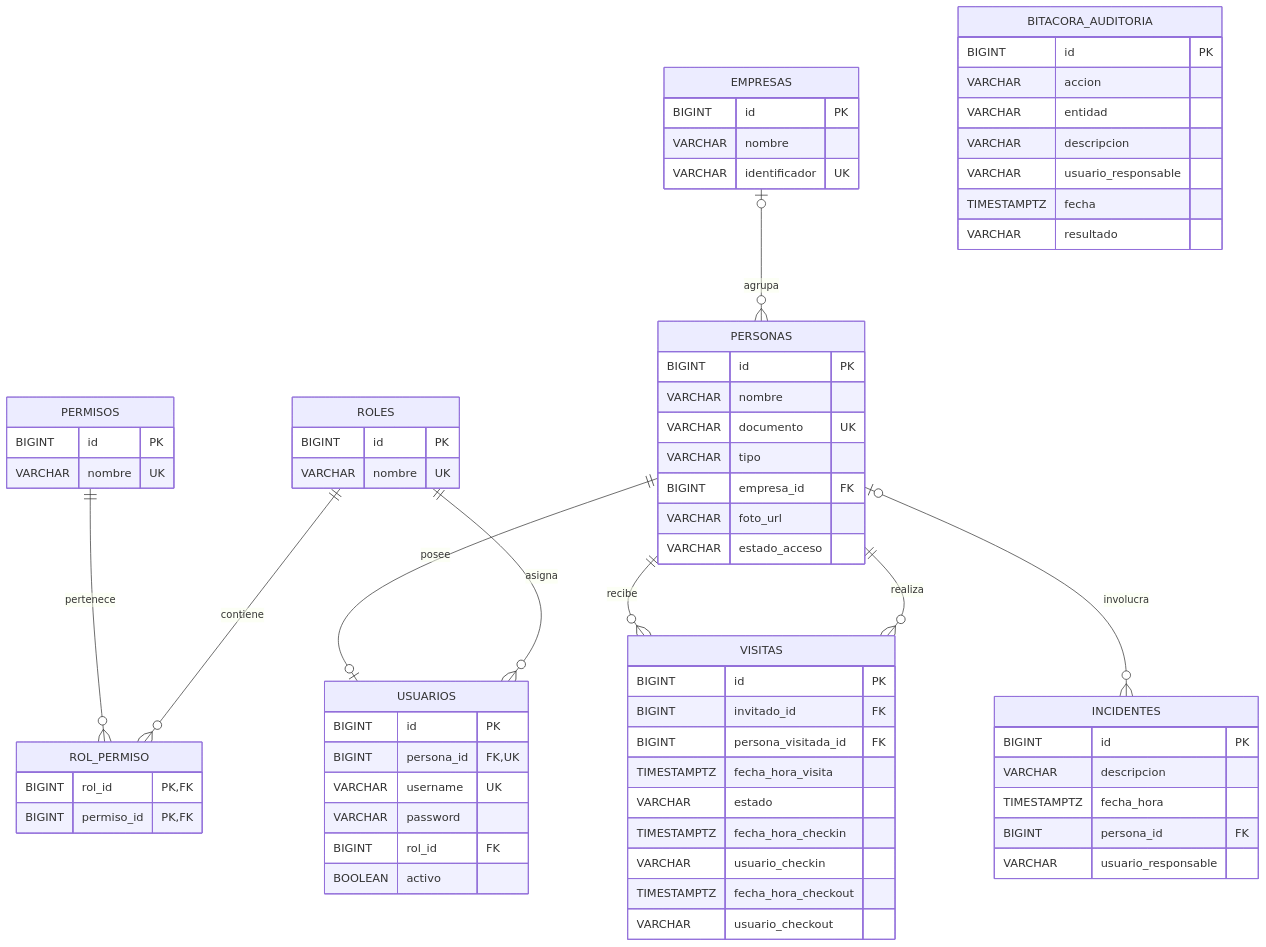
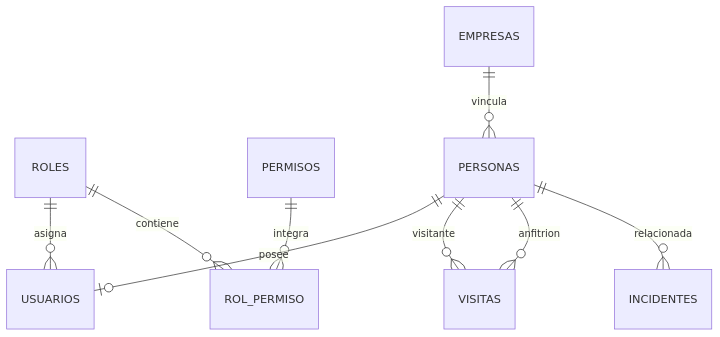
One commit to Juan2509/SICA changed the diagram in sica/README.md. Above: the diagram before and after it, drawn with Mermaid. The commit also changed other lines of this file and 1 other file, not shown here.

````diff
--- a/sica/README.md
+++ b/sica/README.md
@@ -203,81 +170,11 @@
 ```mermaid
 erDiagram
-    ROLES {
-        BIGINT id PK
-        VARCHAR nombre UK
-    }
-
-    PERMISOS {
-        BIGINT id PK
-        VARCHAR nombre UK
-    }
-
-    ROL_PERMISO {
-        BIGINT rol_id PK, FK
-        BIGINT permiso_id PK, FK
-    }
-
-    USUARIOS {
-        BIGINT id PK
-        BIGINT persona_id FK, UK
-        VARCHAR username UK
-        VARCHAR password
-        BIGINT rol_id FK
-        BOOLEAN activo
-    }
-
-    EMPRESAS {
-        BIGINT id PK
-        VARCHAR nombre
-        VARCHAR identificador UK
-    }
-
-    PERSONAS {
-        BIGINT id PK
-        VARCHAR nombre
-        VARCHAR documento UK
-        VARCHAR tipo
-        BIGINT empresa_id FK
-        VARCHAR foto_url
-        VARCHAR estado_acceso
-    }
-
-    VISITAS {
-        BIGINT id PK
-        BIGINT invitado_id FK
-        BIGINT persona_visitada_id FK
-        TIMESTAMPTZ fecha_hora_visita
-        VARCHAR estado
-        TIMESTAMPTZ fecha_hora_checkin
-        VARCHAR usuario_checkin
-        TIMESTAMPTZ fecha_hora_checkout
-        VARCHAR usuario_checkout
-    }
-
-    INCIDENTES {
-        BIGINT id PK
-        VARCHAR descripcion
-        TIMESTAMPTZ fecha_hora
-        BIGINT persona_id FK
-        VARCHAR usuario_responsable
-    }
-
-    BITACORA_AUDITORIA {
-        BIGINT id PK
-        VARCHAR accion
-        VARCHAR entidad
-        VARCHAR descripcion
-        VARCHAR usuario_responsable
-        TIMESTAMPTZ fecha
-        VARCHAR resultado
-    }
-
     ROLES ||--o{ USUARIOS : asigna
+    ROLES ||--o{ ROL_PERMISO : contiene
+    PERMISOS ||--o{ ROL_PERMISO : integra
     PERSONAS ||--o| USUARIOS : posee
-    ROLES ||--o{ ROL_PERMISO : contiene
-    PERMISOS ||--o{ ROL_PERMISO : pertenece
-    EMPRESAS o|--o{ PERSONAS : agrupa
-    PERSONAS ||--o{ VISITAS : realiza
-    PERSONAS ||--o{ VISITAS : recibe
-    PERSONAS o|--o{ INCIDENTES : involucra
+    EMPRESAS ||--o{ PERSONAS : vincula
+    PERSONAS ||--o{ VISITAS : visitante
+    PERSONAS ||--o{ VISITAS : anfitrion
+    PERSONAS ||--o{ INCIDENTES : relacionada
 ```
````
